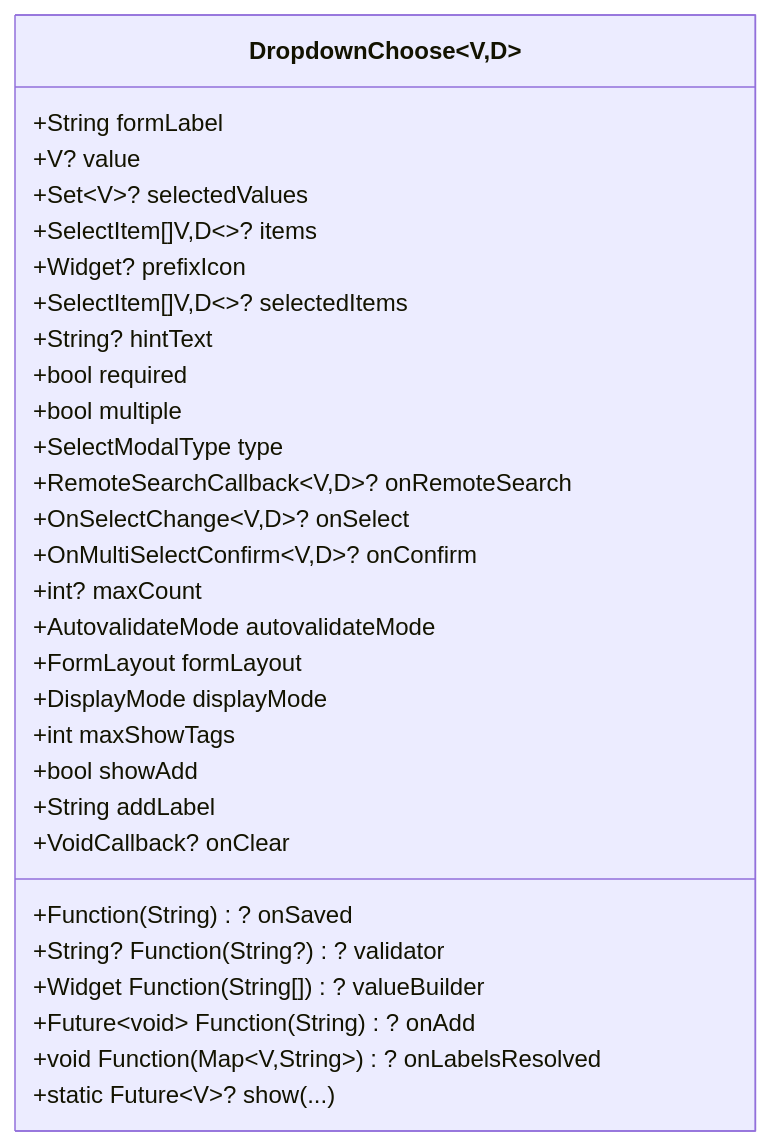
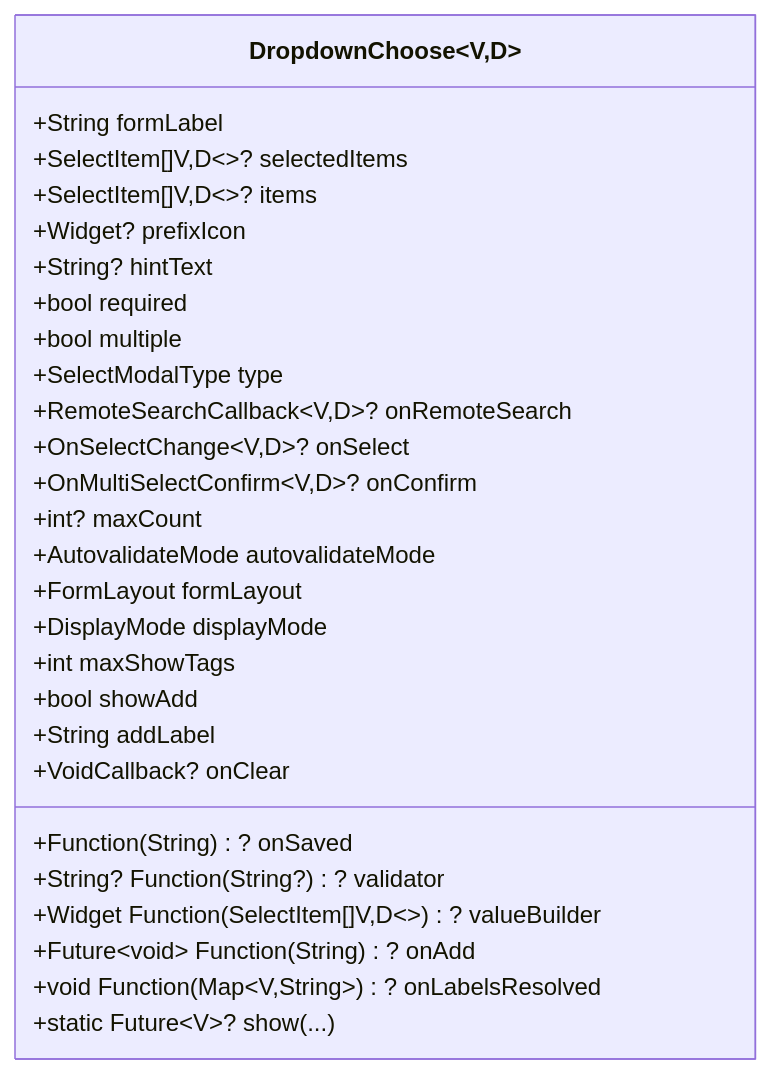
The third of 6 diagrams in .qoder/repowiki/zh/content/高级组件/下拉选择器.md (yuzhido/lite-ui), drawn with Mermaid before and after one commit. The commit also changed other lines of this file and 44 other files, not shown here.

````diff
--- a/.qoder/repowiki/zh/content/高级组件/下拉选择器.md
+++ b/.qoder/repowiki/zh/content/高级组件/下拉选择器.md
@@ -162,32 +165,30 @@
 ```mermaid
 classDiagram
 class DropdownChoose~V,D~ {
 +String formLabel
-+V? value
-+Set~V~? selectedValues
++SelectItem[]V,D~~? selectedItems
 +SelectItem[]V,D~~? items
 +Widget? prefixIcon
-+SelectItem[]V,D~~? selectedItems
 +String? hintText
 +bool required
 +bool multiple
 +SelectModalType type
 +RemoteSearchCallback~V,D~? onRemoteSearch
 +OnSelectChange~V,D~? onSelect
 +OnMultiSelectConfirm~V,D~? onConfirm
 +int? maxCount
 +Function(String)? onSaved
 +String? Function(String?)? validator
 +AutovalidateMode autovalidateMode
 +FormLayout formLayout
 +DisplayMode displayMode
 +int maxShowTags
-+Widget Function(String[])? valueBuilder
++Widget Function(SelectItem[]V,D~~)? valueBuilder
 +bool showAdd
 +String addLabel
 +Future~void~ Function(String)? onAdd
 +void Function(Map~V,String~)? onLabelsResolved
 +VoidCallback? onClear
 +static Future~V~? show(...)
 }
 ```
````
